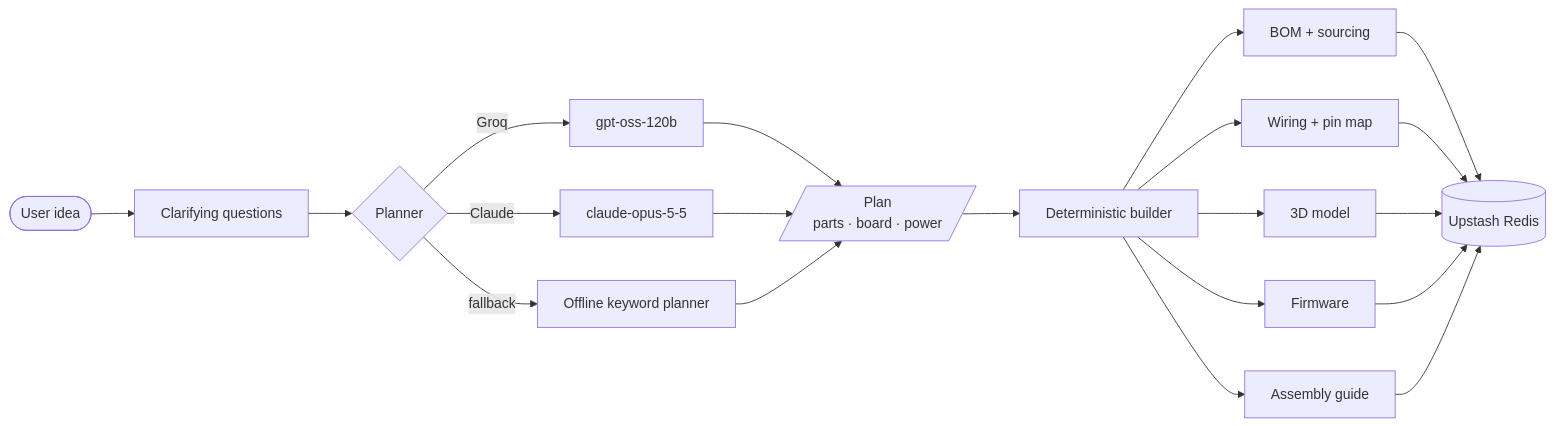
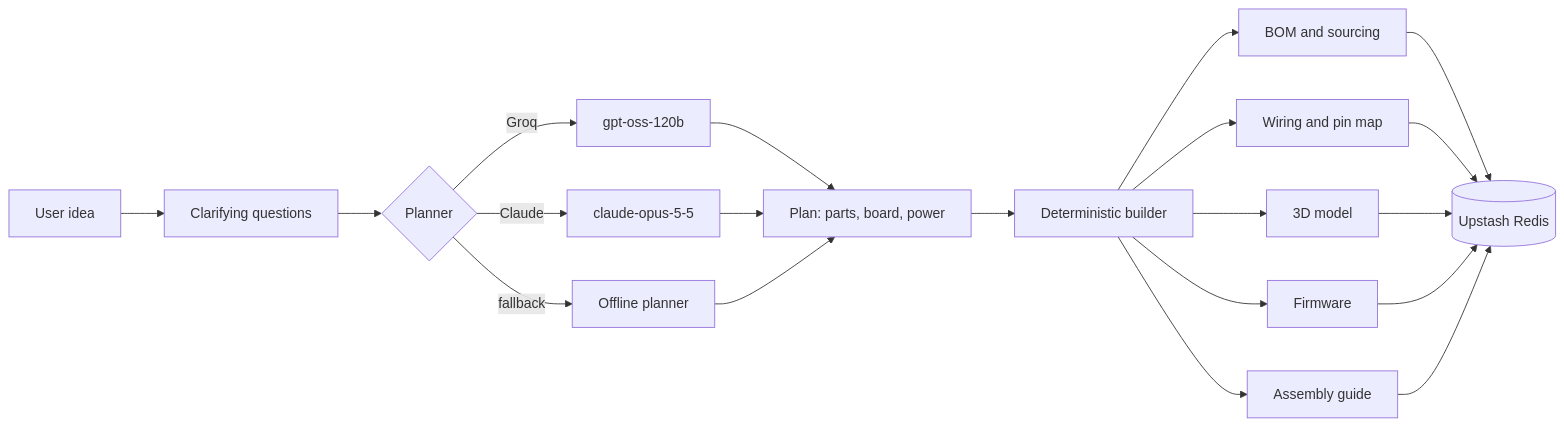
Before and after one commit to DivyanshuRanjanDynamic/Mechhub-blueprint.io: the diagram in README.md, drawn with Mermaid.

Commit message:
Update architecture flowchart in README

````diff
--- a/README.md
+++ b/README.md
@@ -40,16 +40,22 @@
 ```mermaid
 flowchart LR
-    U([User idea]) --> Q[Clarifying questions]
-    Q --> P{Planner}
-    P -->|Groq| G[gpt-oss-120b]
-    P -->|Claude| C[claude-opus-5-5]
-    P -->|fallback| O[Offline keyword planner]
-    G & C & O --> PL[/"Plan<br/>parts · board · power"/]
-    PL --> B[Deterministic builder]
-    B --> BOM[BOM + sourcing]
-    B --> W[Wiring + pin map]
-    B --> CAD[3D model]
-    B --> FW[Firmware]
-    B --> GD[Assembly guide]
-    BOM & W & CAD & FW & GD --> S[(Upstash Redis)]
+    idea["User idea"] --> ask["Clarifying questions"]
+    ask --> planner{"Planner"}
+    planner -->|Groq| groq["gpt-oss-120b"]
+    planner -->|Claude| claude["claude-opus-5-5"]
+    planner -->|fallback| offline["Offline planner"]
+    groq --> plan["Plan: parts, board, power"]
+    claude --> plan
+    offline --> plan
+    plan --> builder["Deterministic builder"]
+    builder --> bom["BOM and sourcing"]
+    builder --> wiring["Wiring and pin map"]
+    builder --> cad["3D model"]
+    builder --> fw["Firmware"]
+    builder --> guide["Assembly guide"]
+    bom --> store[("Upstash Redis")]
+    wiring --> store
+    cad --> store
+    fw --> store
+    guide --> store
 ```
````
